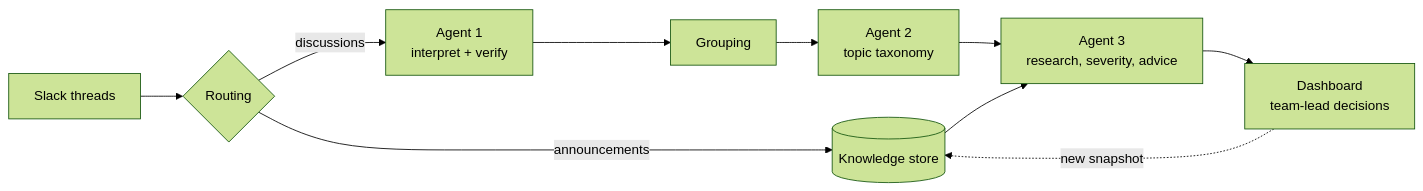
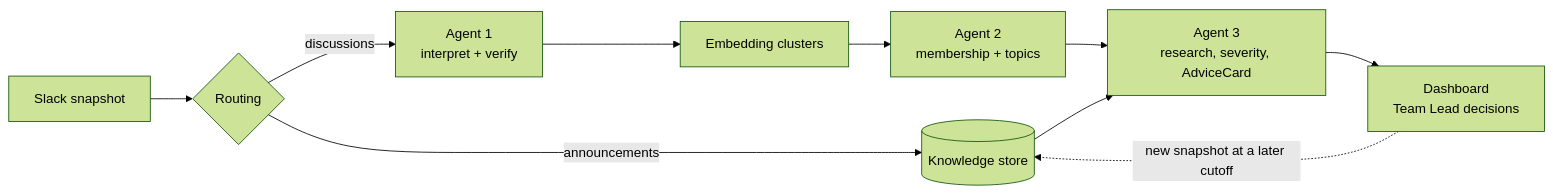
The diagram in README.md (christie0902/threadsense), drawn with Mermaid (forest theme) before and after one commit. The commit also changed other lines of this file and 7 other files, not shown here.

````diff
--- a/README.md
+++ b/README.md
@@ -11,12 +214,12 @@
 ```mermaid
 flowchart LR
-  S[Slack threads] --> R{Routing}
+  S[Slack snapshot] --> R{Routing}
   R -- announcements --> K[(Knowledge store)]
   R -- discussions --> A1[Agent 1<br/>interpret + verify]
-  A1 --> G[Grouping]
-  G --> A2[Agent 2<br/>topic taxonomy]
-  A2 --> A3[Agent 3<br/>research, severity, advice]
+  A1 --> G[Embedding clusters]
+  G --> A2[Agent 2<br/>membership + topics]
+  A2 --> A3[Agent 3<br/>research, severity, AdviceCard]
   K --> A3
-  A3 --> D[Dashboard<br/>team-lead decisions]
-  D -. new snapshot .-> K
+  A3 --> D[Dashboard<br/>Team Lead decisions]
+  D -. new snapshot at a later cutoff .-> K
 ```
````
